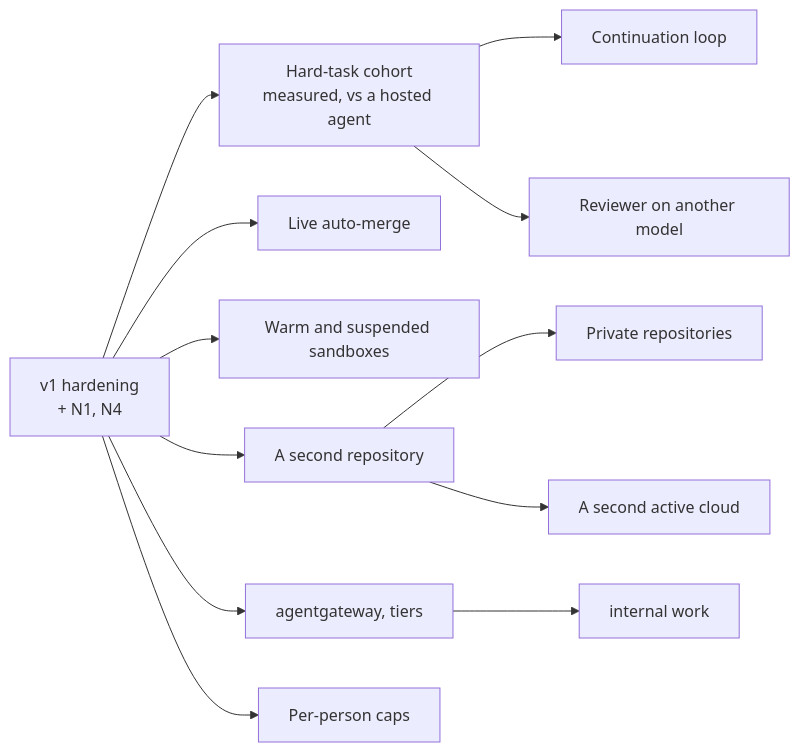
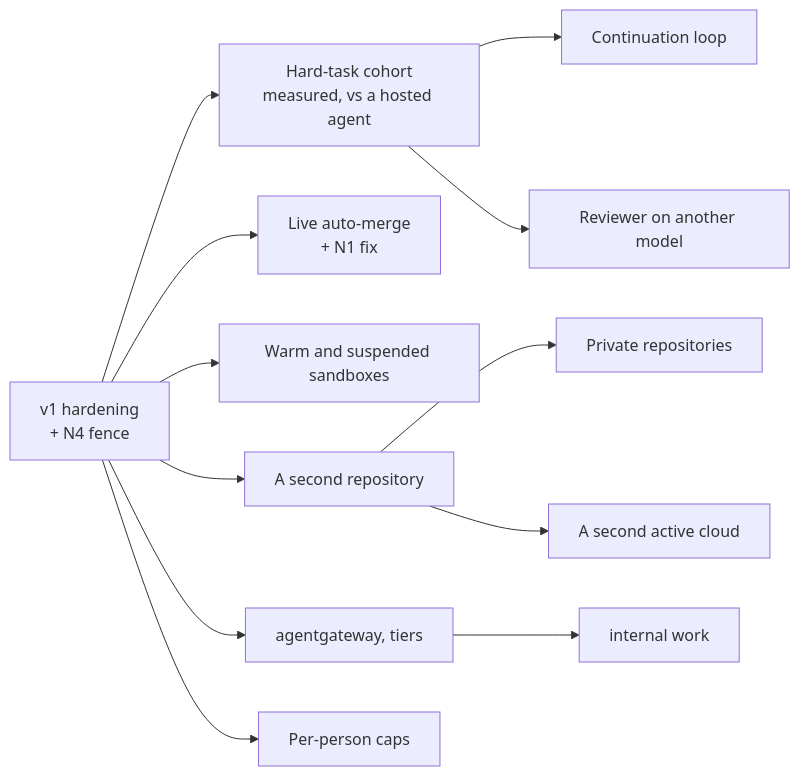
Before and after one commit to Smana/cloud-native-ref: the diagram in docs/superpowers/specs/2026-10-12-agent-factory-v1-review.md, drawn with Mermaid. The commit also changed other lines of this file and 2 other files, not shown here.

````diff
--- a/docs/superpowers/specs/2026-10-12-agent-factory-v1-review.md
+++ b/docs/superpowers/specs/2026-10-12-agent-factory-v1-review.md
@@ -147,13 +154,13 @@
 ```mermaid
 flowchart LR
-  hard["v1 hardening<br/>+ N1, N4"] --> cohort["Hard-task cohort<br/>measured, vs a hosted agent"]
+  hard["v1 hardening<br/>+ N4 fence"] --> cohort["Hard-task cohort<br/>measured, vs a hosted agent"]
   cohort --> loop["Continuation loop"]
   cohort --> rev["Reviewer on another model"]
-  hard --> merge["Live auto-merge"]
+  hard --> merge["Live auto-merge<br/>+ N1 fix"]
   hard --> warm["Warm and suspended sandboxes"]
   hard --> repo["A second repository"]
   repo --> priv["Private repositories"]
   repo --> cloud["A second active cloud"]
   hard --> gw["agentgateway, tiers"] --> internal["internal work"]
   hard --> caps["Per-person caps"]
 ```
````
